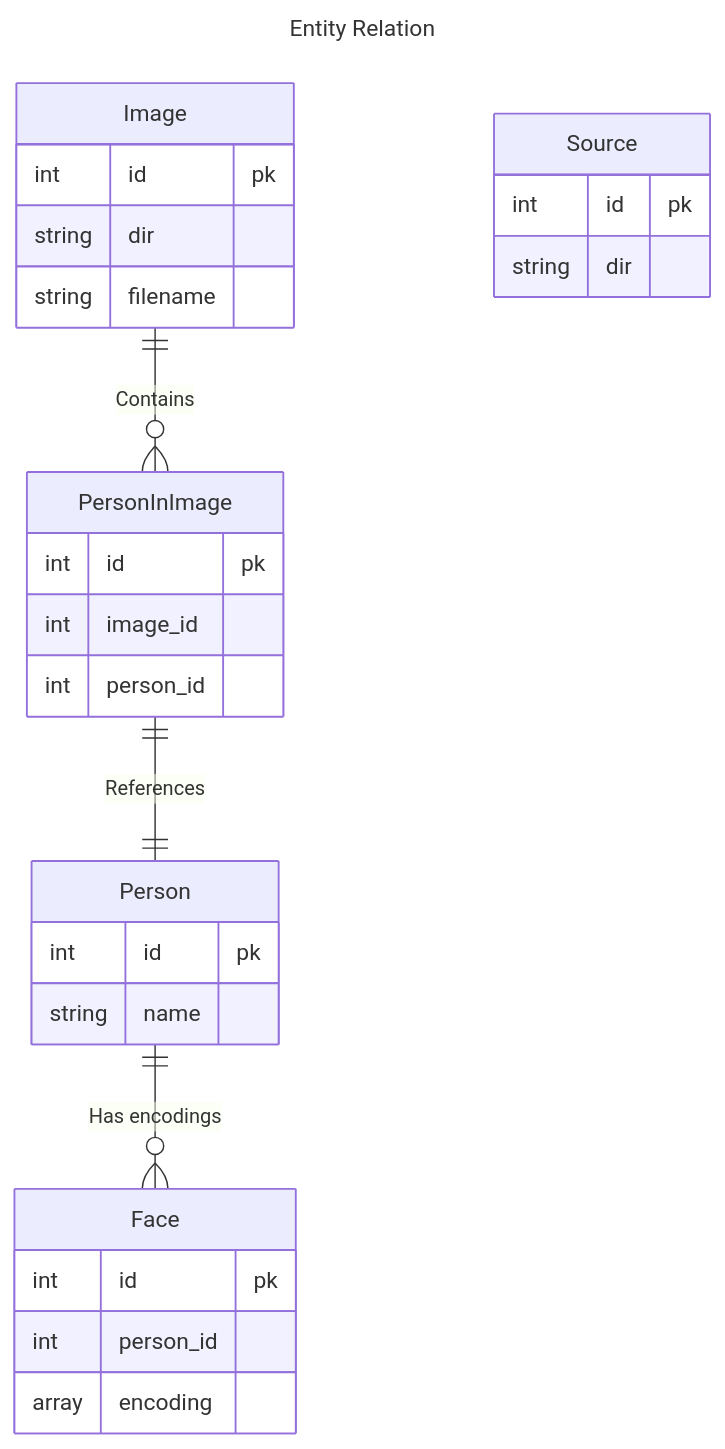
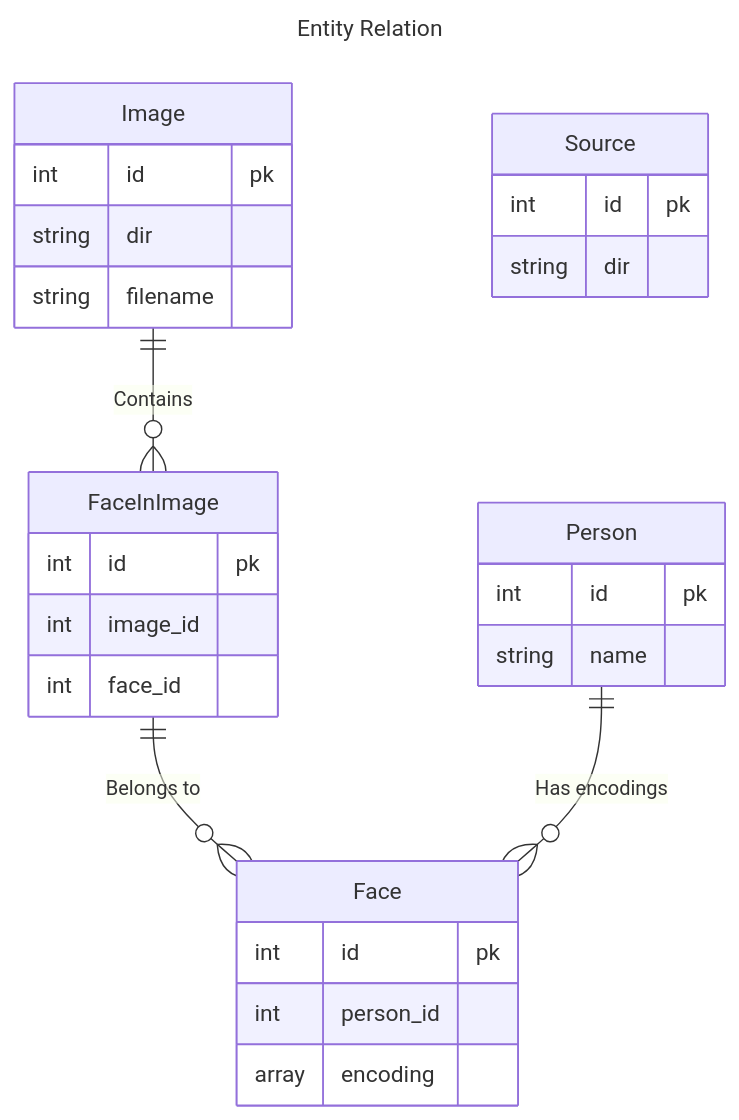
Before and after one commit to TsienJin/Face-Finder: the diagram in application/database/README.md, drawn with Mermaid.

Commit message:
Updated relation docs

````diff
--- a/application/database/README.md
+++ b/application/database/README.md
@@ -3,38 +3,38 @@
 ```mermaid
 ---
 title: Entity Relation
 ---
 erDiagram
     Image {
         int id pk
         string dir
         string filename
     }
     
     Person {
         int id pk
         string name
     }
     
     Face {
         int id pk
         int person_id
         array encoding
     }  
     
-    PersonInImage {
+    FaceInImage {
         int id pk
         int image_id
-        int person_id
+        int face_id
     }
     
     Source { 
         int id pk
         string dir
     }  
     
     
-    Image ||--o{ PersonInImage : "Contains"
-    PersonInImage ||--|| Person : "References"
+    Image ||--o{ FaceInImage : "Contains"
+    FaceInImage ||--o{ Face : "Belongs to"
     Person ||--o{ Face : "Has encodings"
 ```
````
